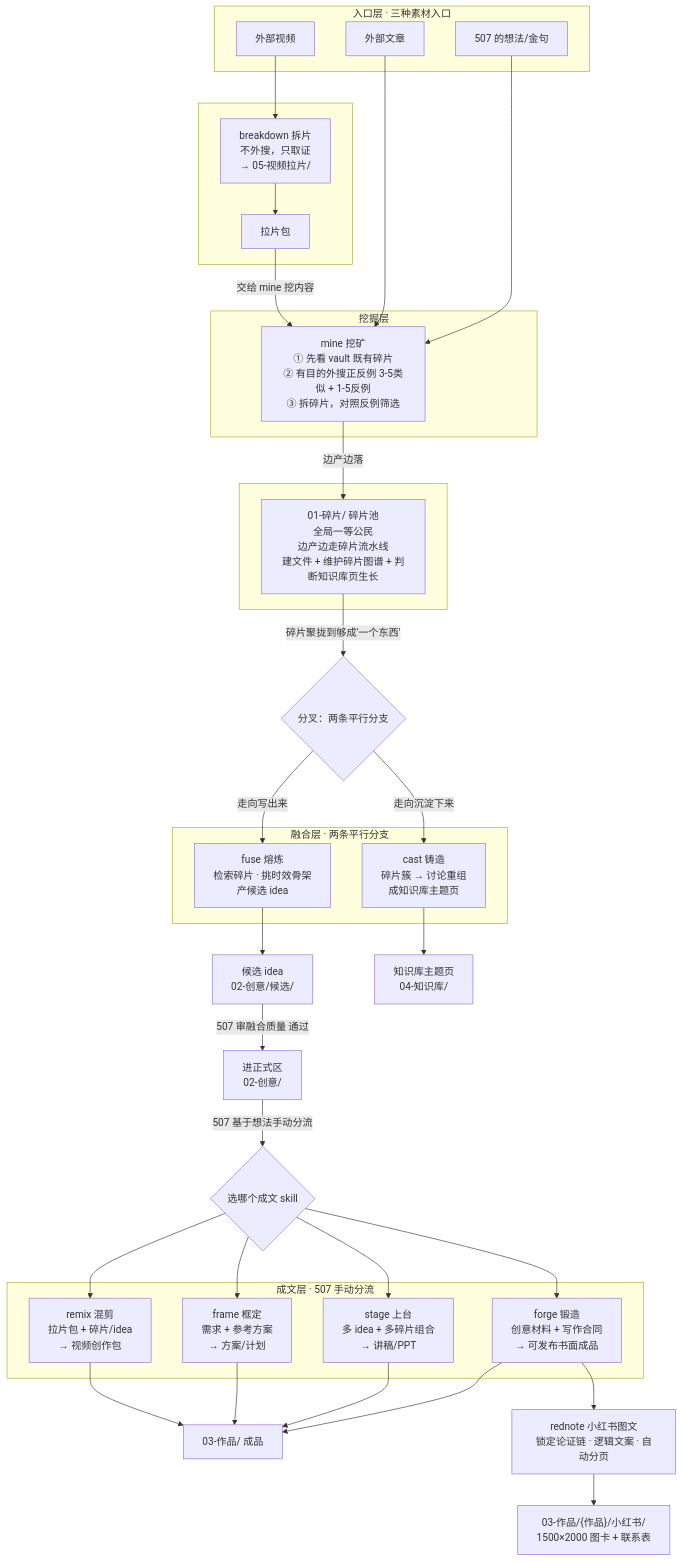
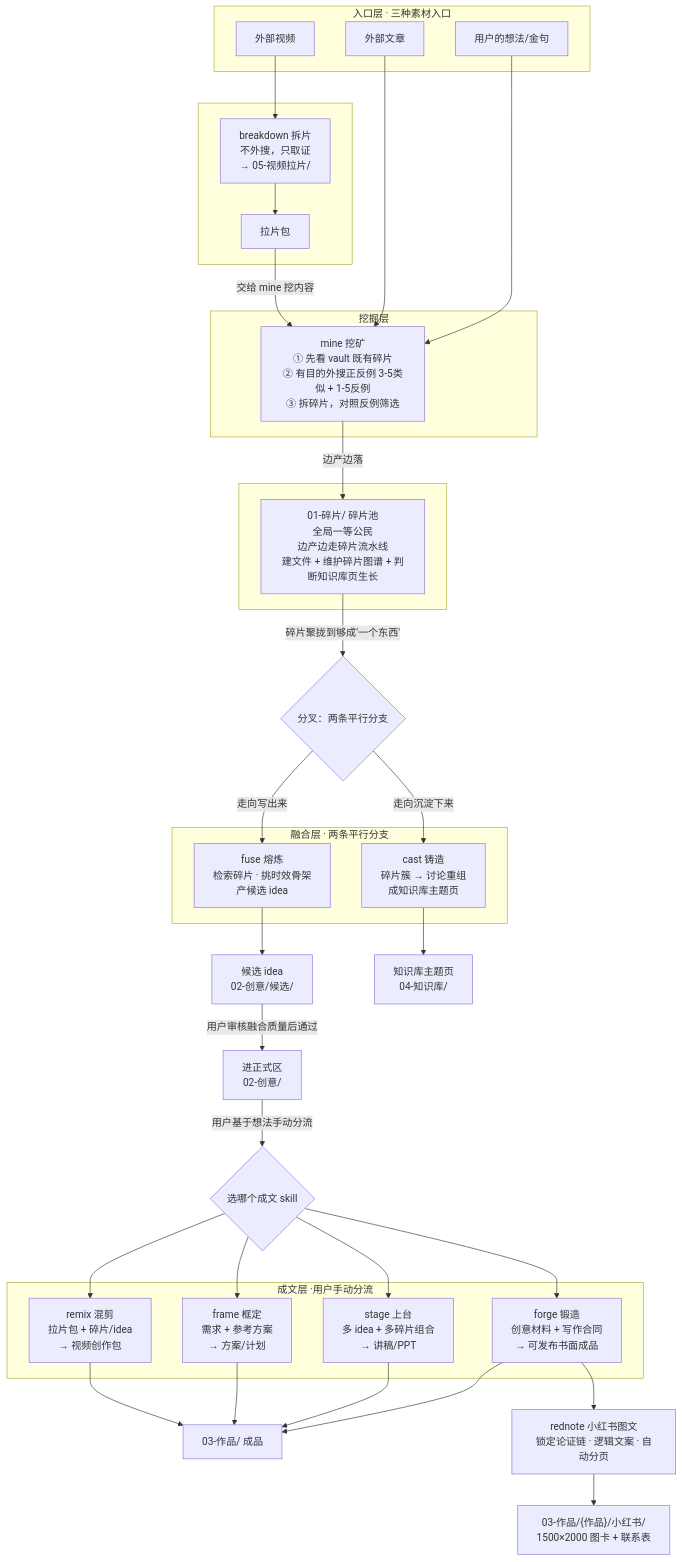
Before and after one commit to ssdiwu/507-skills: the diagram in write/README.md, drawn with Mermaid. The commit also changed other lines of this file and 52 other files, not shown here.

````diff
--- a/write/README.md
+++ b/write/README.md
@@ -185,65 +185,65 @@
 ```mermaid
 flowchart TD
     %% 入口层
     subgraph 入口层[入口层 · 三种素材入口]
-        idea[507 的想法/金句]
+        idea[用户的想法/金句]
         article[外部文章]
         video[外部视频]
     end
 
     video --> breakdown
     subgraph 拆片[ ]
         breakdown["breakdown 拆片<br/>不外搜，只取证<br/>→ 05-视频拉片/"]
         拉片包[拉片包]
     end
     breakdown --> 拉片包
 
     idea --> mine
     article --> mine
     拉片包 -->|交给 mine 挖内容| mine
 
     subgraph 挖掘层[挖掘层]
         mine["mine 挖矿<br/>① 先看 vault 既有碎片<br/>② 有目的外搜正反例 3-5类似 + 1-5反例<br/>③ 拆碎片，对照反例筛选"]
     end
 
     mine -->|边产边落| 碎片池
     subgraph 汇合[ ]
         碎片池["01-碎片/ 碎片池<br/>全局一等公民<br/>边产边走碎片流水线<br/>建文件 + 维护碎片图谱 + 判断知识库页生长"]
     end
 
     碎片池 -->|碎片聚拢到够成'一个东西'| 分叉{分叉：两条平行分支}
 
     分叉 -->|走向写出来| fuse
     分叉 -->|走向沉淀下来| cast
 
     subgraph 融合层[融合层 · 两条平行分支]
         fuse["fuse 熔炼<br/>检索碎片 · 挑时效骨架<br/>产候选 idea"]
         cast["cast 铸造<br/>碎片簇 → 讨论重组<br/>成知识库主题页"]
     end
 
     fuse --> 候选idea["候选 idea<br/>02-创意/候选/"]
     cast --> 知识库页["知识库主题页<br/>04-知识库/"]
 
-    候选idea -->|507 审融合质量 通过| 正式区["进正式区<br/>02-创意/"]
+    候选idea -->|用户审核融合质量后通过| 正式区["进正式区<br/>02-创意/"]
 
-    正式区 -->|507 基于想法手动分流| 分流{选哪个成文 skill}
+    正式区 -->|用户基于想法手动分流| 分流{选哪个成文 skill}
 
-    subgraph 成文层[成文层 · 507 手动分流]
+    subgraph 成文层[成文层 ·用户手动分流]
         forge["forge 锻造<br/>创意材料 + 写作合同<br/>→ 可发布书面成品"]
         stage["stage 上台<br/>多 idea + 多碎片组合<br/>→ 讲稿/PPT"]
         frame["frame 框定<br/>需求 + 参考方案<br/>→ 方案/计划"]
         remix["remix 混剪<br/>拉片包 + 碎片/idea<br/>→ 视频创作包"]
     end
 
     分流 --> forge
     分流 --> stage
     分流 --> frame
     分流 --> remix
 
     forge --> 成品["03-作品/ 成品"]
     forge --> rednote["rednote 小红书图文<br/>锁定论证链 · 逻辑文案 · 自动分页"]
     rednote --> 小红书成品["03-作品/{作品}/小红书/<br/>1500×2000 图卡 + 联系表"]
     stage --> 成品
     frame --> 成品
     remix --> 成品
 ```
````
